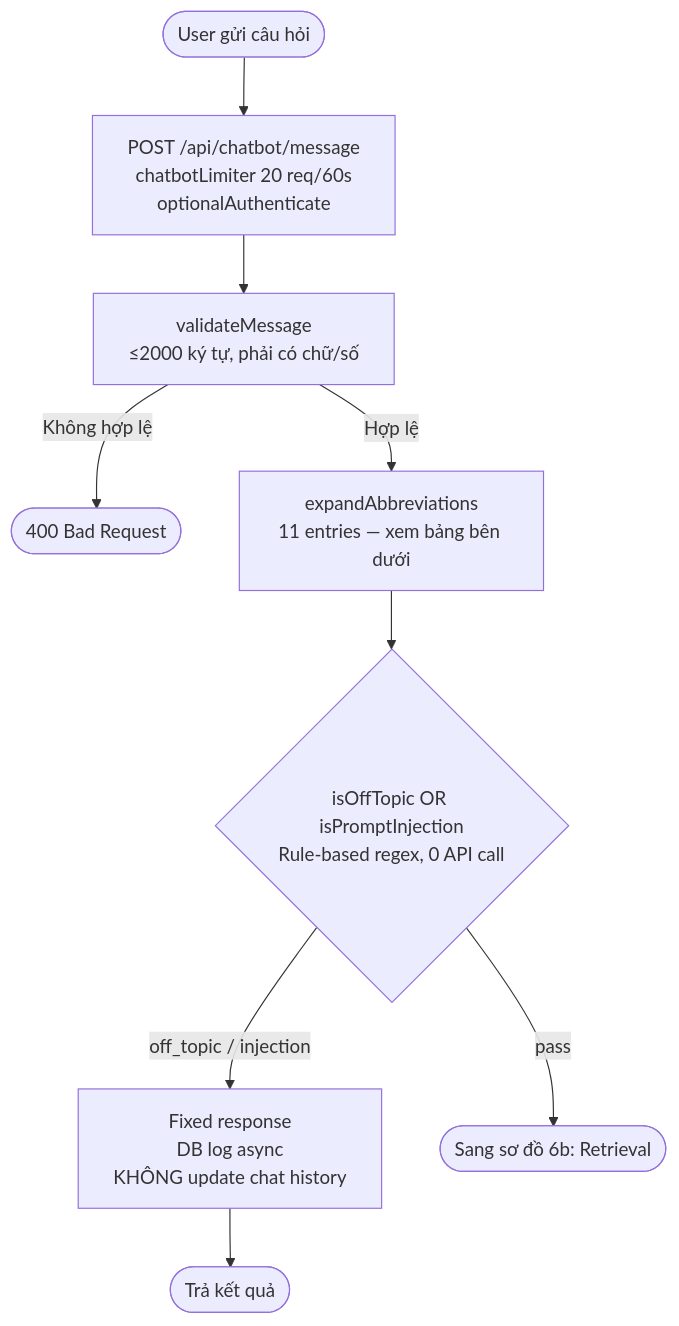
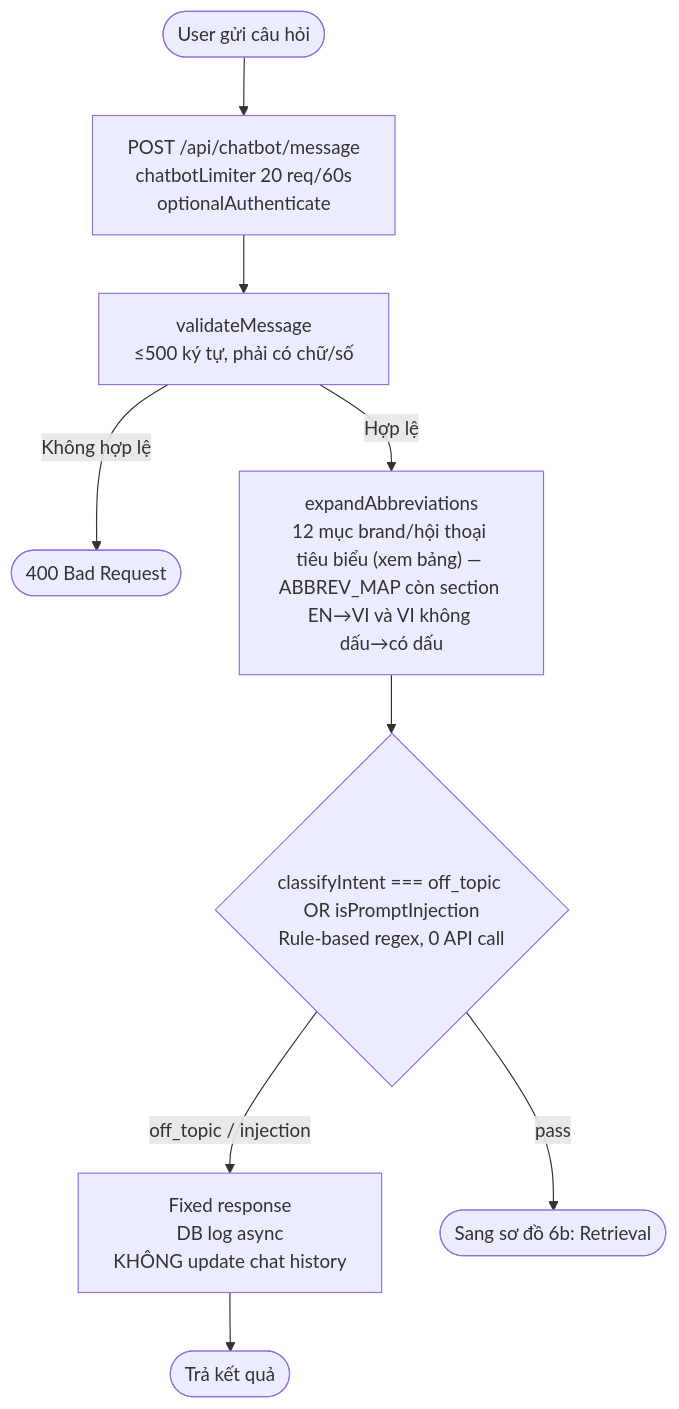
Diagram 38 of 47 in DIAGRAMS.md (MinhThang1009/E-commerce-website), drawn with Mermaid before and after one commit. The commit also changed other lines of this file and 9 other files, not shown here.

First line of the commit message:
docs: đồng bộ tài liệu RAG pipeline + diagram với codebase

````diff
--- a/DIAGRAMS.md
+++ b/DIAGRAMS.md
@@ -1622,11 +1630,11 @@
 ```mermaid
 flowchart TD
     A([User gửi câu hỏi]) --> B["POST /api/chatbot/message<br/>chatbotLimiter 20 req/60s<br/>optionalAuthenticate"]
-    B --> C["validateMessage<br/>≤2000 ký tự, phải có chữ/số"]
+    B --> C["validateMessage<br/>≤500 ký tự, phải có chữ/số"]
     C -->|Không hợp lệ| D([400 Bad Request])
-    C -->|Hợp lệ| E["expandAbbreviations<br/>11 entries — xem bảng bên dưới"]
-    E --> F{"isOffTopic OR isPromptInjection<br/>Rule-based regex, 0 API call"}
+    C -->|Hợp lệ| E["expandAbbreviations<br/>12 mục brand/hội thoại tiêu biểu (xem bảng) — ABBREV_MAP còn section EN→VI và VI không dấu→có dấu"]
+    E --> F{"classifyIntent === off_topic OR isPromptInjection<br/>Rule-based regex, 0 API call"}
     F -->|off_topic / injection| G["Fixed response<br/>DB log async<br/>KHÔNG update chat history"]
     G --> H([Trả kết quả])
     F -->|pass| I([Sang sơ đồ 6b: Retrieval])
 ```
````
